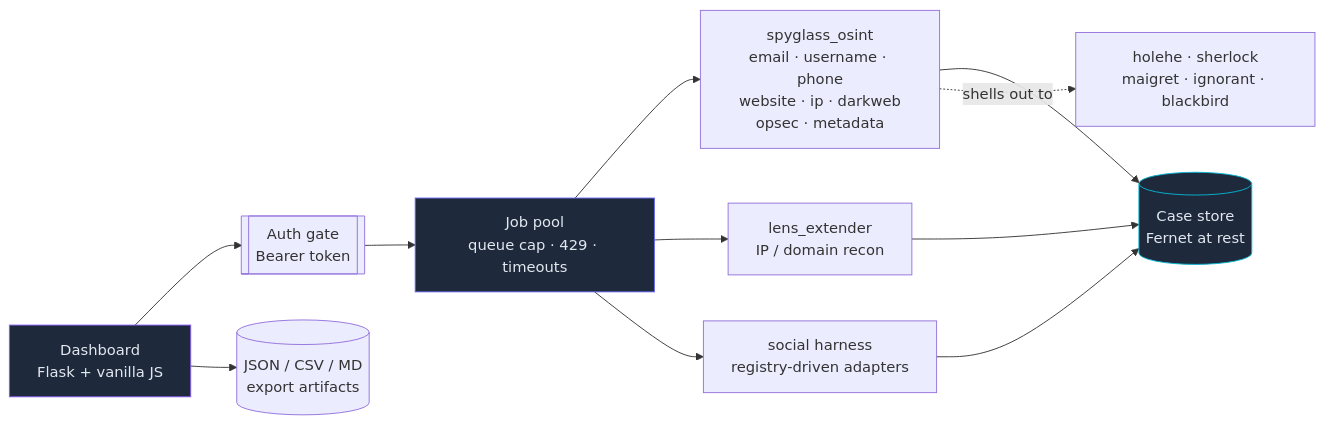
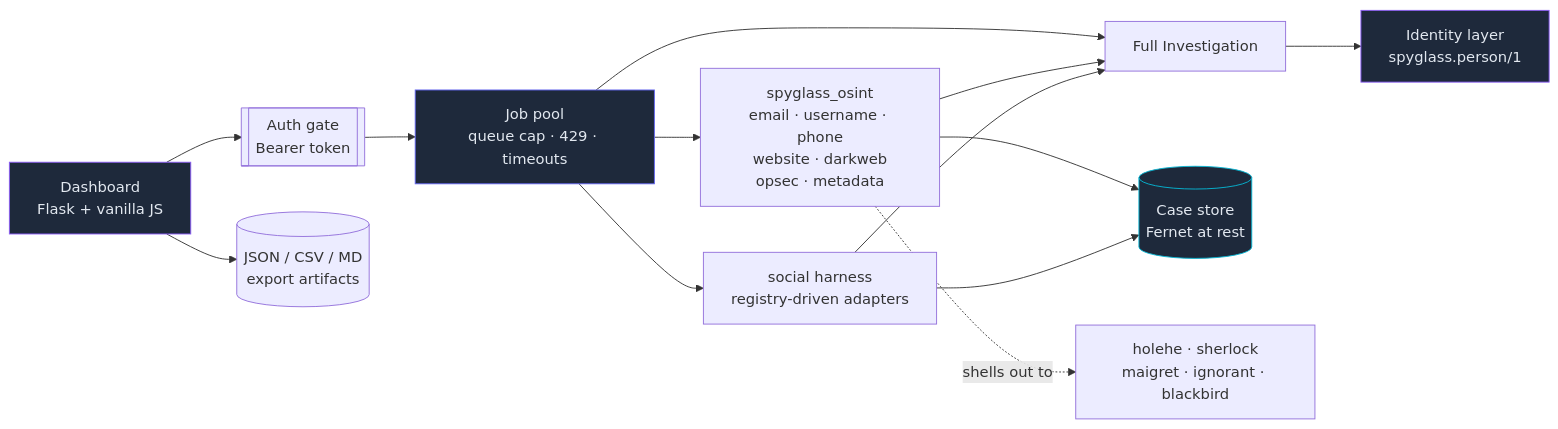
One commit to Ahmad170412/Spyglass-PRO changed the diagram in README.md. Above: the diagram before and after it, drawn with Mermaid. The commit also changed other lines of this file and 9 other files, not shown here.

````diff
--- a/README.md
+++ b/README.md
@@ -171,17 +173,20 @@
 ```mermaid
 graph LR
     UI[Dashboard<br/>Flask + vanilla JS] --> AUTH[[Auth gate<br/>Bearer token]]
     AUTH --> POOL[Job pool<br/>queue cap · 429 · timeouts]
-    POOL --> SG[spyglass_osint<br/>email · username · phone<br/>website · ip · darkweb<br/>opsec · metadata]
-    POOL --> LENS[lens_extender<br/>IP / domain recon]
+    POOL --> SG[spyglass_osint<br/>email · username · phone<br/>website · darkweb<br/>opsec · metadata]
     POOL --> SOC[social harness<br/>registry-driven adapters]
+    POOL --> INV[Full Investigation]
+    SG --> INV
+    SOC --> INV
+    INV --> ID[Identity layer<br/>spyglass.person/1]
     SG --> STORE[(Case store<br/>Fernet at rest)]
-    LENS --> STORE
     SOC --> STORE
     SG -. shells out to .-> CLI[holehe · sherlock<br/>maigret · ignorant · blackbird]
     UI --> EXT[(JSON / CSV / MD<br/>export artifacts)]
 
     style POOL fill:#1e293b,stroke:#6366f1,color:#e2e8f0
     style STORE fill:#1e293b,stroke:#06b6d4,color:#e2e8f0
+    style ID fill:#1e293b,stroke:#8b5cf6,color:#e2e8f0
     style UI fill:#1e293b,stroke:#8b5cf6,color:#e2e8f0
 ```
````
